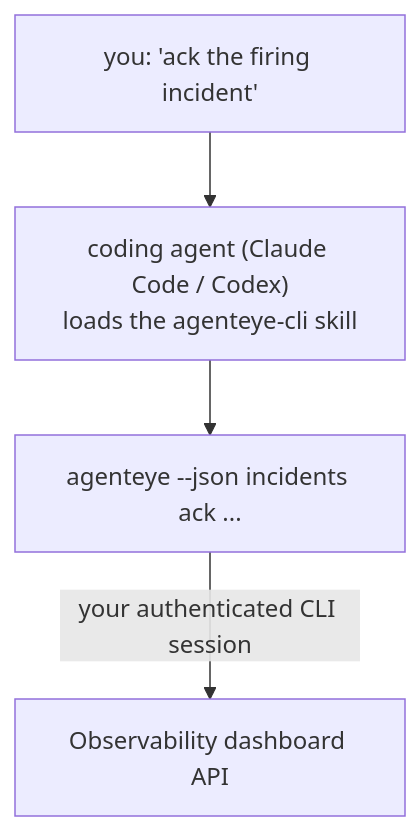
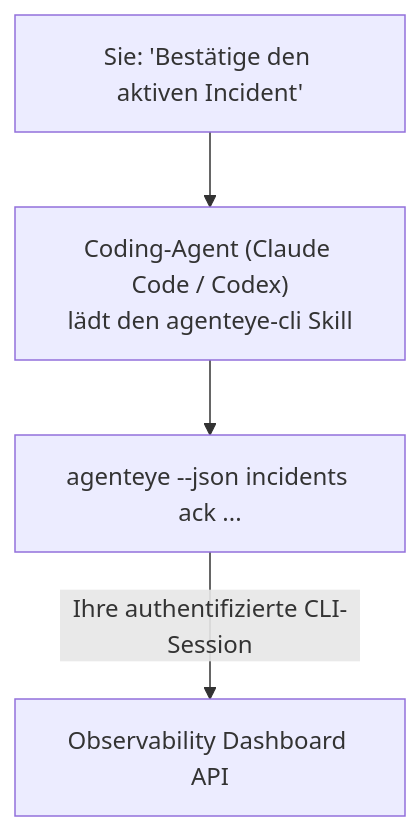
One commit to FailproofAI/failproofai changed the diagram in docs/de/agenteye/cli-skill.mdx. Above: the diagram before and after it, drawn with Mermaid. The commit also changed other lines of this file and 654 other files, not shown here.

````diff
--- a/docs/de/agenteye/cli-skill.mdx
+++ b/docs/de/agenteye/cli-skill.mdx
@@ -28,6 +28,6 @@
 ```mermaid
 flowchart TD
-    YOU["you: 'ack the firing incident'"] --> AGENT["coding agent (Claude Code / Codex)<br/>loads the agenteye-cli skill"]
+    YOU["Sie: 'Bestätige den aktiven Incident'"] --> AGENT["Coding-Agent (Claude Code / Codex)<br/>lädt den agenteye-cli Skill"]
     AGENT --> CLI["agenteye --json incidents ack ..."]
-    CLI -->|your authenticated CLI session| API["Observability dashboard API"]
+    CLI -->|Ihre authentifizierte CLI-Session| API["Observability Dashboard API"]
 ```
````
